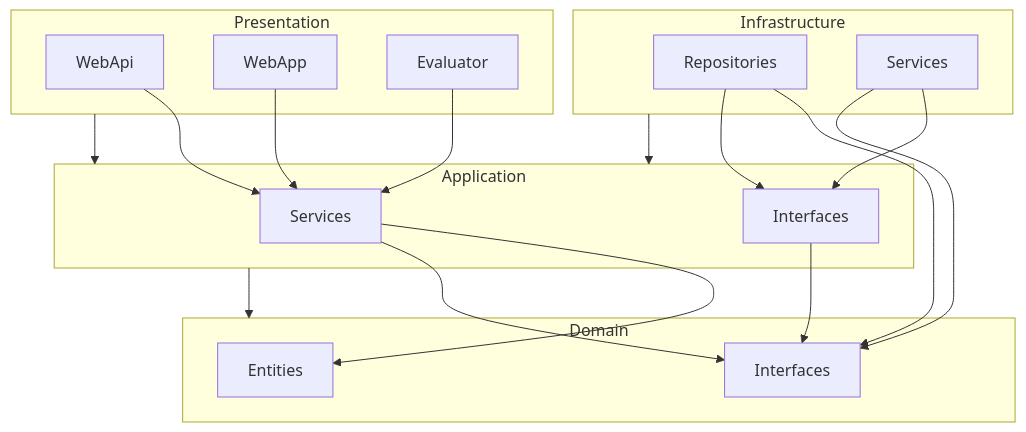
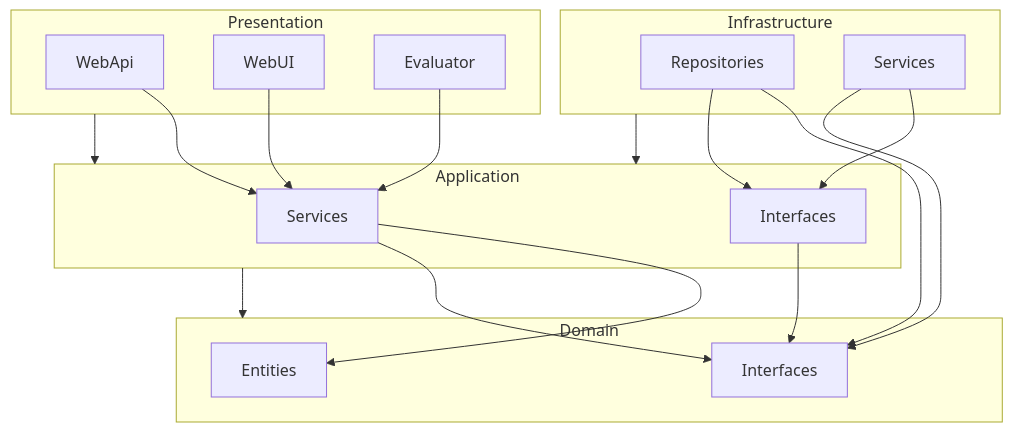
One commit to ponggun/poc-line-api-part-1-the-beginning changed the diagram in README.md. Above: the diagram before and after it, drawn with Mermaid. The commit also changed other lines of this file and 6 other files, not shown here.

````diff
--- a/README.md
+++ b/README.md
@@ -45,40 +45,40 @@
 ```mermaid
 flowchart TD
     subgraph Domain
         D1[Entities]
         D2[Interfaces]
     end
 
     subgraph Application
         A1[Services]
         A2[Interfaces]
     end
 
     subgraph Infrastructure
         I1[Repositories]
         I2[Services]
     end
 
     subgraph Presentation
         P1[WebApi]
-        P2[WebApp]
+        P2[WebUI]
         P3[Evaluator]
     end
 
     %% Dependency arrows
     P1 --> A1
     P2 --> A1
     P3 --> A1
     A1 --> D1
     A1 --> D2
     A2 --> D2
     I1 --> D2
     I2 --> A2
     I1 --> A2
     I2 --> D2
 
     %% Group dependencies
     Infrastructure --> Application
     Application --> Domain
     Presentation --> Application
 ```
````
